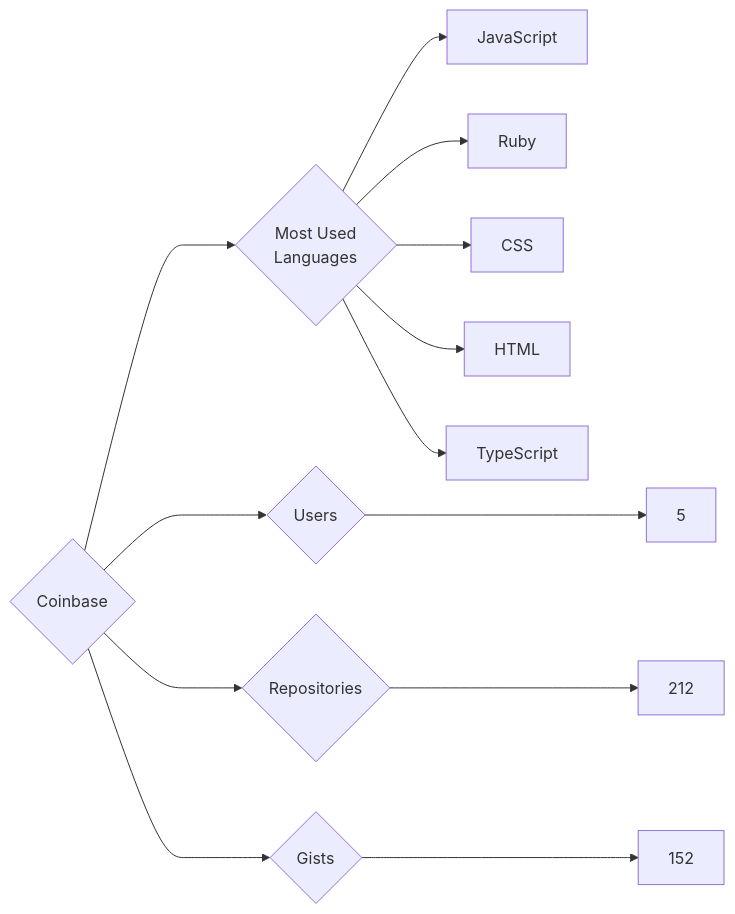
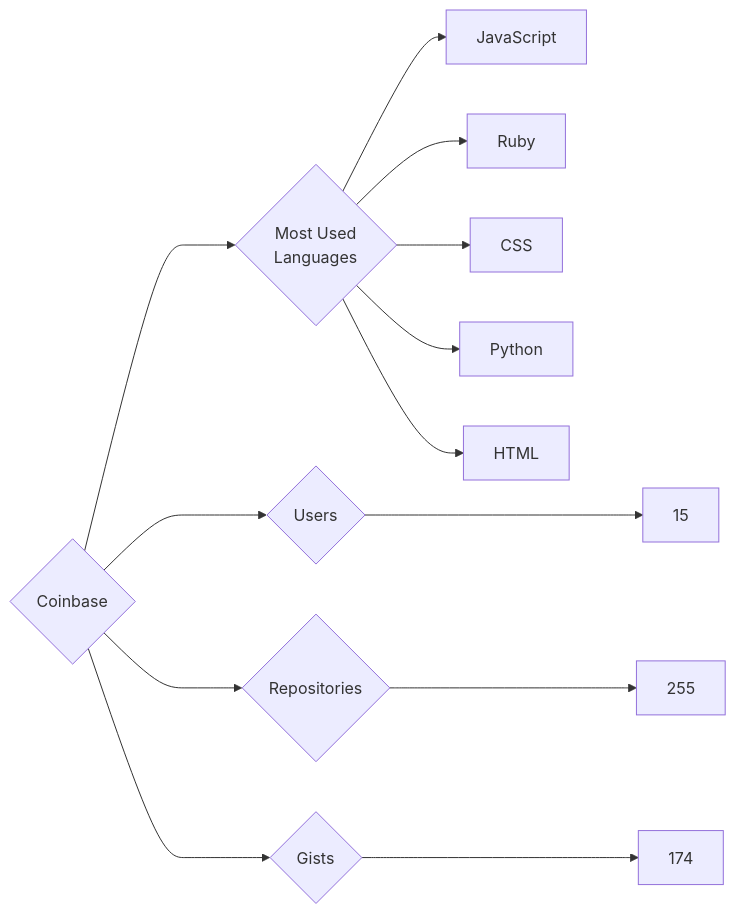
One commit to trickest/insiders changed the diagram in targets/Coinbase/README.md. Above: the diagram before and after it, drawn with Mermaid. The commit also changed 681 other files, not shown here.

````diff
--- a/targets/Coinbase/README.md
+++ b/targets/Coinbase/README.md
@@ -3,13 +3,13 @@
 ```mermaid
 graph LR
 COMPANY_NAME{Coinbase}
-COMPANY_NAME ---> U{Users} ---> UN[5]
-COMPANY_NAME ---> R{Repositories} ---> RN[212]
-COMPANY_NAME ---> G{Gists} ---> GN[152]
+COMPANY_NAME ---> U{Users} ---> UN[15]
+COMPANY_NAME ---> R{Repositories} ---> RN[255]
+COMPANY_NAME ---> G{Gists} ---> GN[174]
 COMPANY_NAME ---> ML{Most Used<br>Languages}
 ML --> JavaScript[JavaScript]
 ML --> Ruby[Ruby]
 ML --> CSS[CSS]
+ML --> Python[Python]
 ML --> HTML[HTML]
-ML --> TypeScript[TypeScript]
 ```
````
